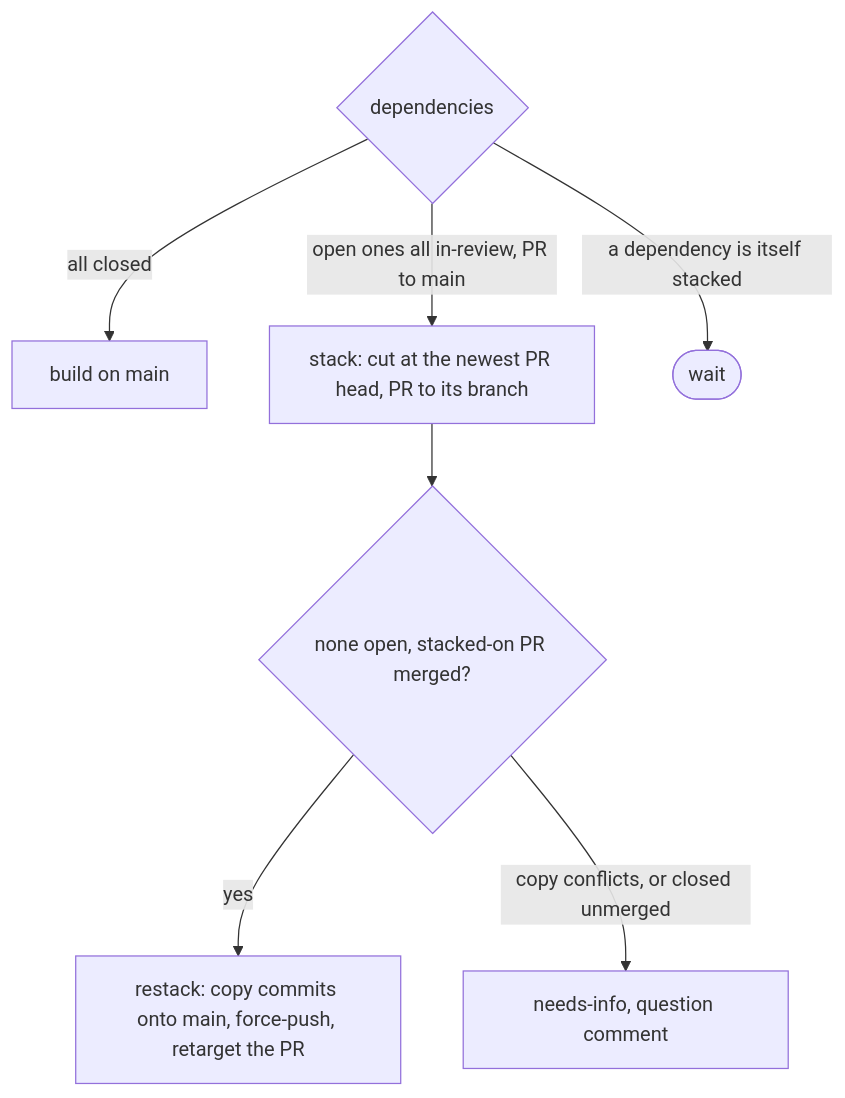
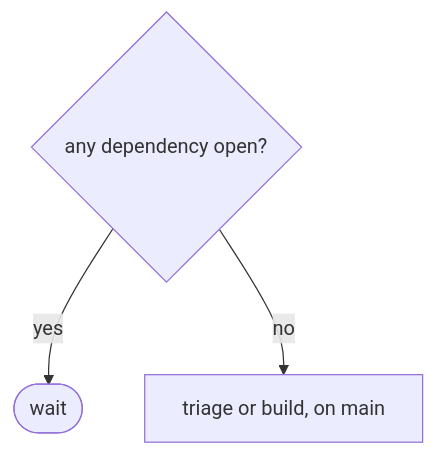
Before and after one commit to dvalnn/maestro: the fifth of 5 diagrams in docs/agents/factory.md, drawn with Mermaid. The commit also changed other lines of this file and 12 other files, not shown here.

First line of the commit message:
refactor(factory): triage a ticket only once its dependencies close

````diff
--- a/docs/agents/factory.md
+++ b/docs/agents/factory.md
@@ -258,9 +262,5 @@
 ```mermaid
 flowchart TD
-    D{"dependencies"} -->|"all closed"| M["build on main"]
-    D -->|"open ones all in-review, PR to main"| S["stack: cut at the newest PR head, PR to its branch"]
-    D -->|"a dependency is itself stacked"| W(["wait"])
-    S --> N{"none open, stacked-on PR merged?"}
-    N -->|yes| R["restack: copy commits onto main, force-push, retarget the PR"]
-    N -->|"copy conflicts, or closed unmerged"| NI["needs-info, question comment"]
+    D{"any dependency open?"} -->|yes| W(["wait"])
+    D -->|no| M["triage or build, on main"]
 ```
````
